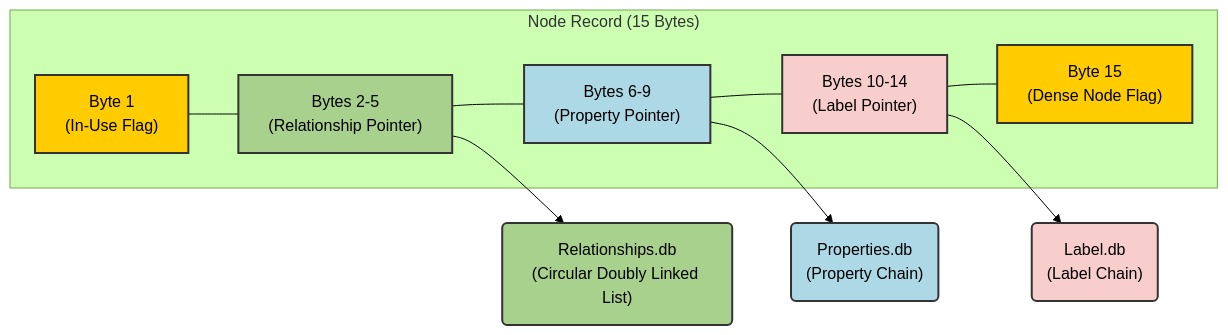
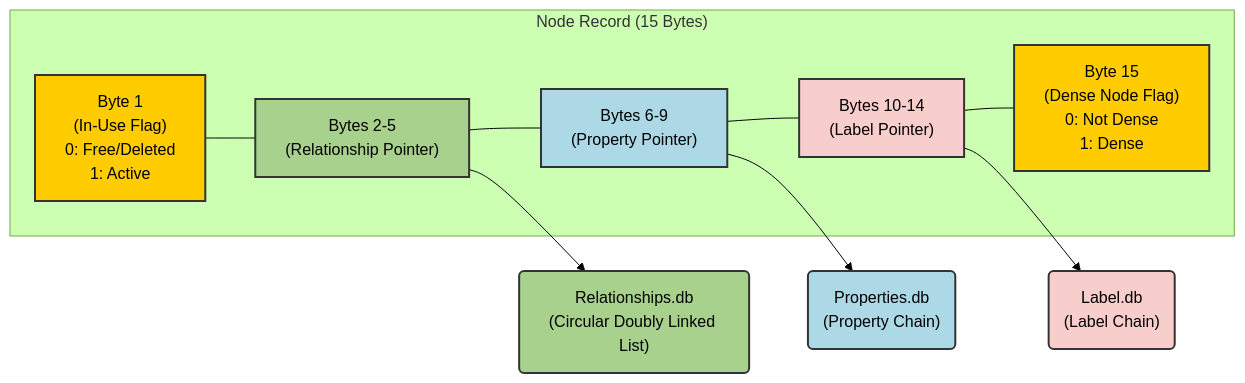
The second of 4 diagrams in 01_foundations.md (prashantbasnet94/neo4j-raodmap), drawn with Mermaid (forest theme) before and after one commit. The commit also changed other lines of this file, not shown here.

Commit message:
docs: add diagram for inuse & dense flag among 15 byte

````diff
--- a/01_foundations.md
+++ b/01_foundations.md
@@ -62,22 +62,22 @@
 ```mermaid
 graph LR
     subgraph "Node Record (15 Bytes)"
-        B1["Byte 1<br/>(In-Use Flag)"] --- B5["Bytes 2-5<br/>(Relationship Pointer)"]
+        B1["Byte 1<br/>(In-Use Flag)<br/>0: Free/Deleted<br/>1: Active"] --- B5["Bytes 2-5<br/>(Relationship Pointer)"]
         B5 --- B9["Bytes 6-9<br/>(Property Pointer)"]
         B9 --- B14["Bytes 10-14<br/>(Label Pointer)"]
-        B14 --- B15["Byte 15<br/>(Dense Node Flag)"]
+        B14 --- B15["Byte 15<br/>(Dense Node Flag)<br/>0: Not Dense<br/>1: Dense"]
     end
 
     B5 --> R("Relationships.db<br/>(Circular Doubly Linked List)")
     B9 --> P("Properties.db<br/>(Property Chain)")
     B14 --> L("Label.db<br/>(Label Chain)")
 
     style B1 fill:#FFCC00,stroke:#333,stroke-width:2px,color:#000
     style B5 fill:#A9D18E,stroke:#333,stroke-width:2px,color:#000
     style B9 fill:#ADD8E6,stroke:#333,stroke-width:2px,color:#000
     style B14 fill:#F8CECC,stroke:#333,stroke-width:2px,color:#000
     style B15 fill:#FFCC00,stroke:#333,stroke-width:2px,color:#000
     style R fill:#A9D18E,stroke:#333,stroke-width:2px,color:#000
     style P fill:#ADD8E6,stroke:#333,stroke-width:2px,color:#000
     style L fill:#F8CECC,stroke:#333,stroke-width:2px,color:#000
 ```
````
